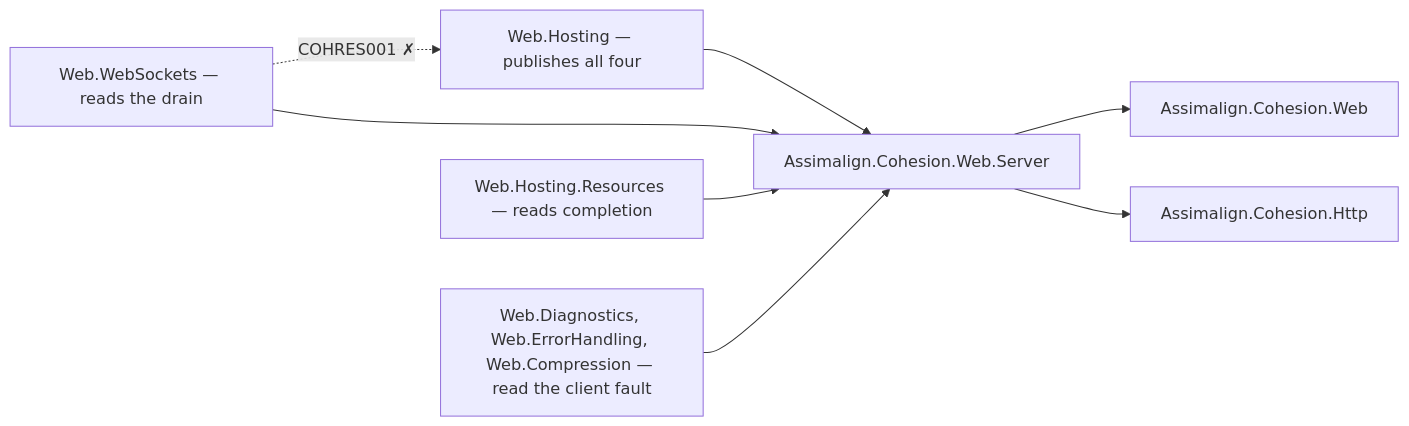
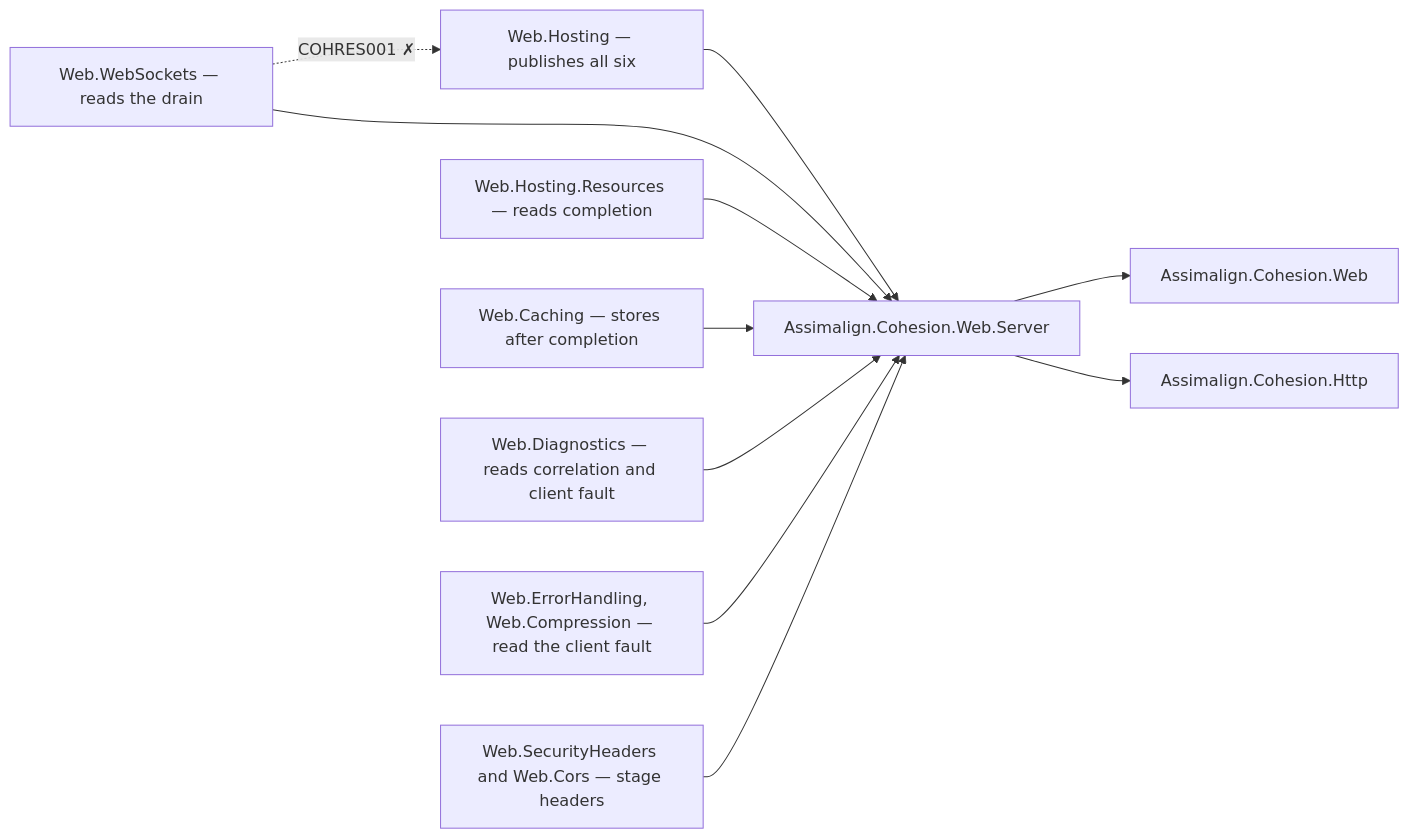
Before and after one commit to assimalign/cohesion-docs: the diagram in docs/dotnet-apis/resources/web/assimalign-cohesion-web-server/design.md, drawn with Mermaid. The commit also changed other lines of this file and 107 other files, not shown here.

First line of the commit message:
docs(apis): sync the Web and area pages with Stage 13

````diff
--- a/docs/dotnet-apis/resources/web/assimalign-cohesion-web-server/design.md
+++ b/docs/dotnet-apis/resources/web/assimalign-cohesion-web-server/design.md
@@ -30,10 +31,13 @@
 ```mermaid
 flowchart LR
     Server["Assimalign.Cohesion.Web.Server"] --> Root["Assimalign.Cohesion.Web"]
     Server --> Http["Assimalign.Cohesion.Http"]
-    Hosting["Web.Hosting — publishes all four"] --> Server
+    Hosting["Web.Hosting — publishes all six"] --> Server
     WebSockets["Web.WebSockets — reads the drain"] --> Server
     Resources["Web.Hosting.Resources — reads completion"] --> Server
-    Faults["Web.Diagnostics, Web.ErrorHandling, Web.Compression — read the client fault"] --> Server
+    Caching["Web.Caching — stores after completion"] --> Server
+    Logging["Web.Diagnostics — reads correlation and client fault"] --> Server
+    Faults["Web.ErrorHandling, Web.Compression — read the client fault"] --> Server
+    Headers["Web.SecurityHeaders and Web.Cors — stage headers"] --> Server
     WebSockets -.->|"COHRES001 ✗"| Hosting
 ```
````
